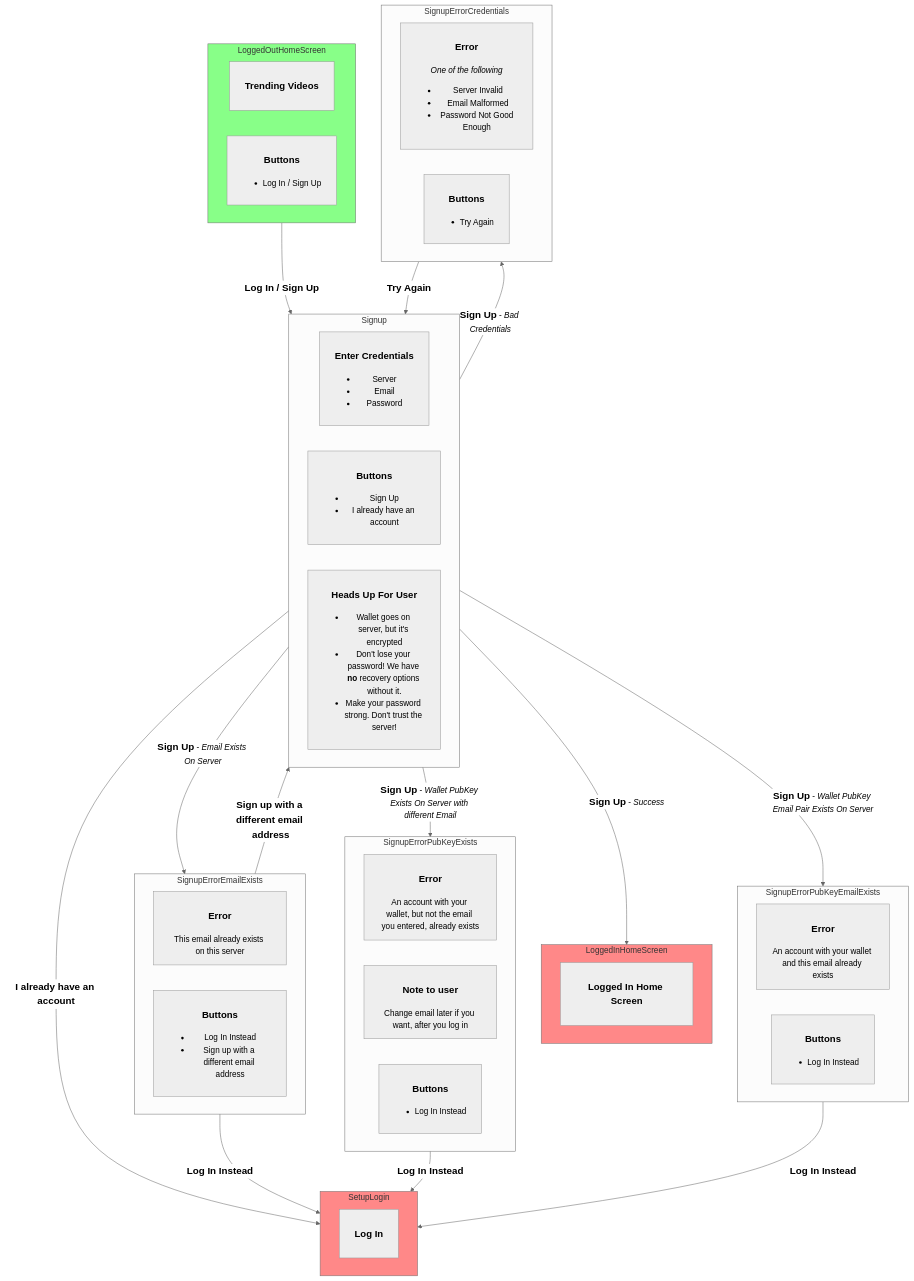
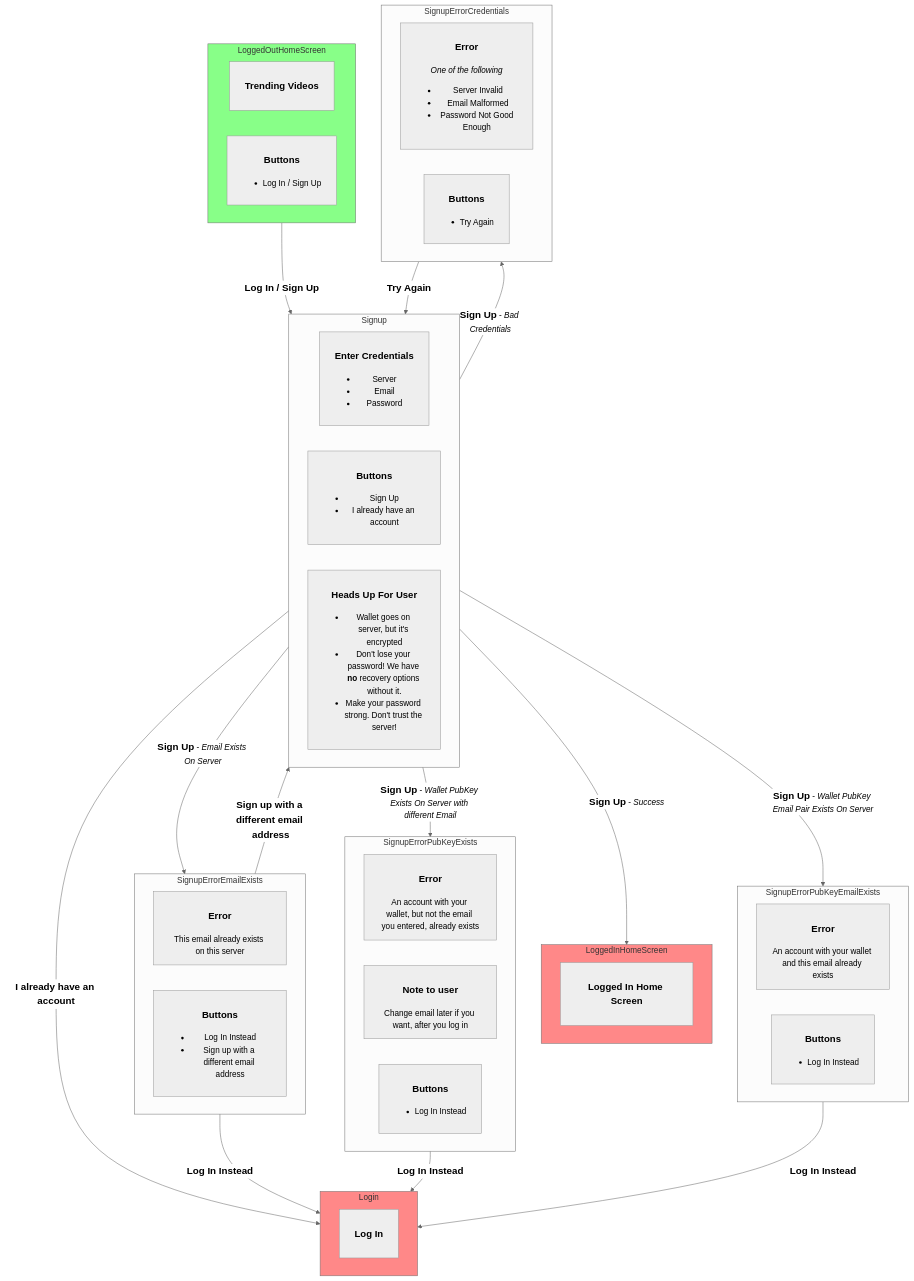
The first of 7 diagrams in spec/user-flows.md (orblivion/lbry-wallet-sync-draft), drawn with Mermaid (neutral theme) before and after one commit. The commit also changed other lines of this file, not shown here.

Commit message:
SetupLogin->Login

````diff
--- a/spec/user-flows.md
+++ b/spec/user-flows.md
@@ -11,73 +11,73 @@
 ```mermaid
 flowchart TD
 	classDef start fill:#8f8;
 	classDef finish fill:#f88;
   LoggedInHomeScreen:::finish
-  SetupLogin:::finish
+  Login:::finish
   LoggedOutHomeScreen:::start
 
   LoggedOutHomeScreen --<big><b>Log In / Sign Up</b></big>--> Signup
   Signup --<big><b>Sign Up</b></big> - <i>Success</i>--> LoggedInHomeScreen
-  Signup --<big><b>I already have an account</b></big>--> SetupLogin
+  Signup --<big><b>I already have an account</b></big>--> Login
 
   Signup --<big><b>Sign Up</b></big> - <i>Bad Credentials</i>--> SignupErrorCredentials
   SignupErrorCredentials --<big><b>Try Again</b></big>--> Signup
 
   Signup --<big><b>Sign Up</b></big> - <i>Email Exists On Server</i>--> SignupErrorEmailExists
   SignupErrorEmailExists --<big><b>Sign up with a different email address</b></big>--> Signup
-  SignupErrorEmailExists --<big><b>Log In Instead</b></big>--> SetupLogin
+  SignupErrorEmailExists --<big><b>Log In Instead</b></big>--> Login
 
   Signup --<big><b>Sign Up</b></big> - <i>Wallet PubKey Exists On Server with different Email</i>--> SignupErrorPubKeyExists
-  SignupErrorPubKeyExists --<big><b>Log In Instead</b></big>--> SetupLogin
+  SignupErrorPubKeyExists --<big><b>Log In Instead</b></big>--> Login
 
   Signup --<big><b>Sign Up</b></big> - <i>Wallet PubKey Email Pair Exists On Server</i>--> SignupErrorPubKeyEmailExists
-  SignupErrorPubKeyEmailExists --<big><b>Log In Instead</b></big>--> SetupLogin
+  SignupErrorPubKeyEmailExists --<big><b>Log In Instead</b></big>--> Login
 
   subgraph LoggedOutHomeScreen
 		direction RL
     LoggedOutHomeScreen1[<h3>Trending Videos</h3>]
     LoggedOutHomeScreen2[<h3>Buttons</h3><ul><li>Log In / Sign Up</li></ul>]
   end
 
   subgraph LoggedInHomeScreen
 		LoggedInHomeScreen1[<h3>Logged In Home Screen</h3>]
   end
 
-  subgraph SetupLogin
-		SetupLogin1[<h3>Log In</h3>]
+  subgraph Login
+		Login1[<h3>Log In</h3>]
   end
 
   subgraph SignupErrorPubKeyEmailExists
 		direction RL
 		SignupErrorPubKeyEmailExists1[<h3>Error</h3>An account with your wallet and this email already exists]
     SignupErrorPubKeyEmailExists2[<h3>Buttons</h3><ul><li>Log In Instead</li></ul>]
   end
 
 	subgraph SignupErrorEmailExists
 		direction RL
 		SignupErrorEmailExists1[<h3>Error</h3>This email already exists on this server]
     SignupErrorEmailExists2[<h3>Buttons</h3><ul><li>Log In Instead</li><li>Sign up with a different email address</li></ul>]
   end
 
   subgraph Signup
 		direction RL
     Signup1[<h3>Enter Credentials</h3><ul><li>Server</li><li>Email</li><li>Password</li></ul>]
     Signup2[<h3>Buttons</h3><ul><li>Sign Up</li></ul>]
     Signup2[<h3>Buttons</h3><ul><li>Sign Up</li><li>I already have an account</li></ul>]
     Signup3[<h3>Heads Up For User</h3><ul><li>Wallet goes on server, but it's encrypted<li>Don't lose your password! We have <b>no</b> recovery options without it.<li>Make your password strong. Don't trust the server!</ul>]
   end
 
   subgraph SignupErrorCredentials
 		direction RL
 		SignupErrorCredentials1[<h3>Error</h3><i>One of the following</i><ul><li> Server Invalid<li> Email Malformed<li> Password Not Good Enough</ul>]
     SignupErrorCredentials2[<h3>Buttons</h3><ul><li>Try Again</li></ul>]
   end
 
 
   subgraph SignupErrorPubKeyExists
 		direction RL
 		SignupErrorPubKeyExists1[<h3>Error</h3>An account with your wallet, but not the email you entered, already exists]
 		SignupErrorPubKeyExists2[<h3>Note to user</h3>Change email later if you want, after you log in]
     SignupErrorPubKeyExists3[<h3>Buttons</h3><ul><li>Log In Instead</li></ul>]
   end
 ```
````
